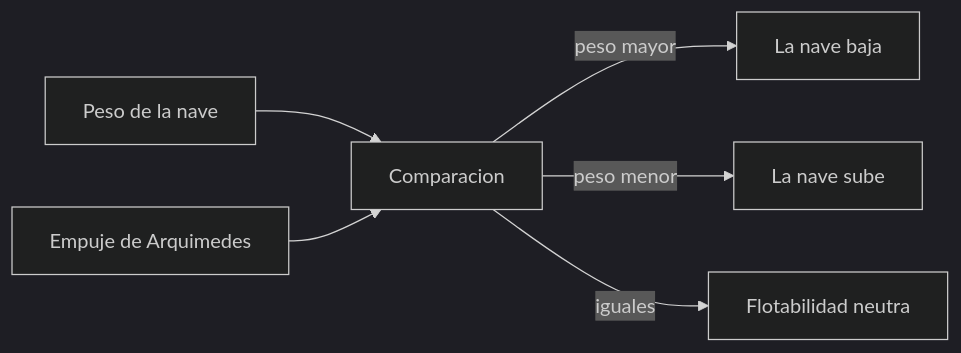
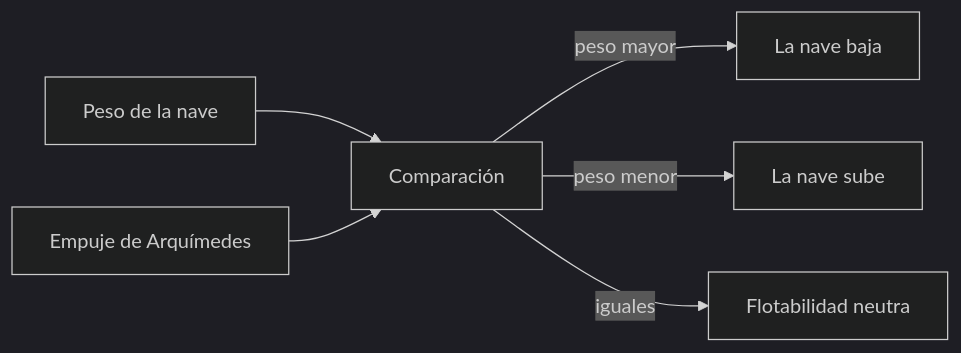
One commit to vladimiracunadev-create/machine-operator-program changed the diagram in vehiculos-fantasticos/nautilus/recursos/recursos-nautilus.md. Above: the diagram before and after it, drawn with Mermaid (dark theme). The commit also changed other lines of this file and 442 other files, not shown here.

````diff
--- a/vehiculos-fantasticos/nautilus/recursos/recursos-nautilus.md
+++ b/vehiculos-fantasticos/nautilus/recursos/recursos-nautilus.md
@@ -29,8 +29,8 @@
 ```mermaid
 flowchart LR
-    Peso[Peso de la nave] --> Balance[Comparacion]
-    Empuje[Empuje de Arquimedes] --> Balance
+    Peso[Peso de la nave] --> Balance[Comparación]
+    Empuje[Empuje de Arquímedes] --> Balance
     Balance -->|peso mayor| Baja[La nave baja]
     Balance -->|peso menor| Sube[La nave sube]
     Balance -->|iguales| Neutra[Flotabilidad neutra]
 ```
````
